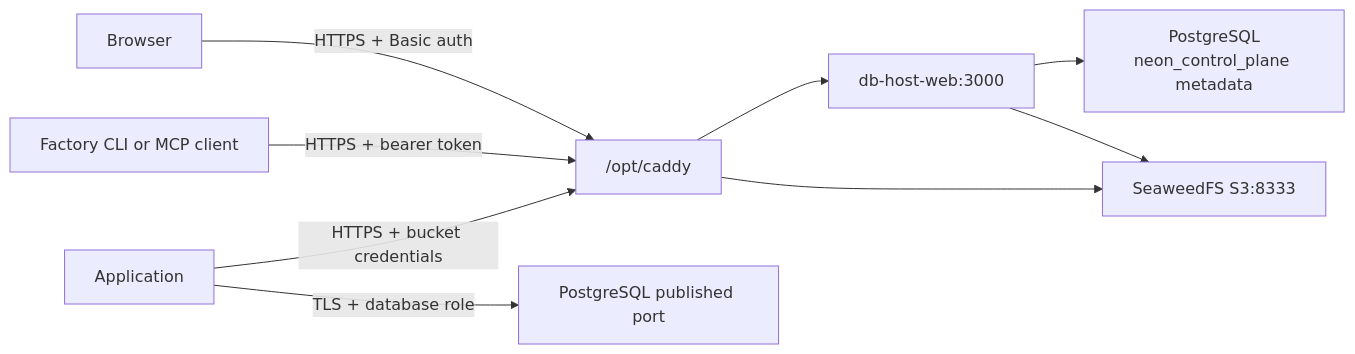
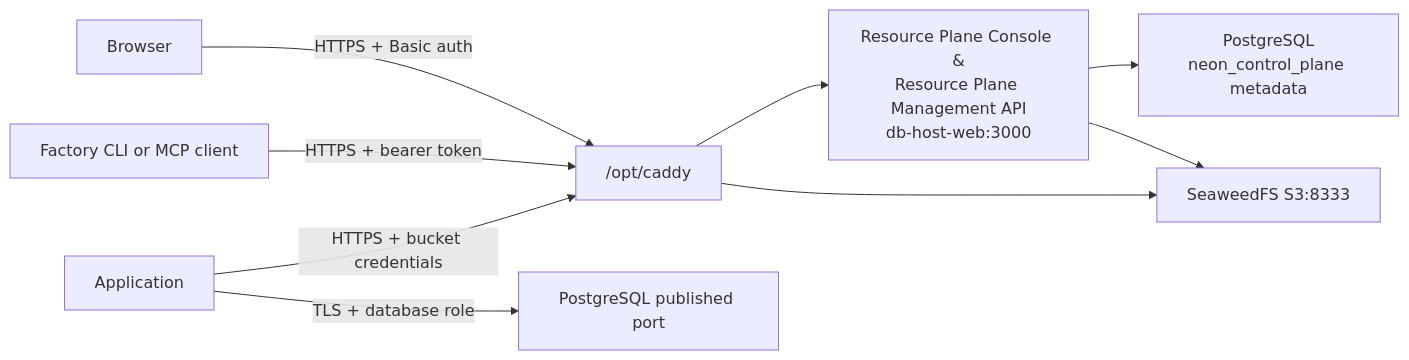
The diagram in docs/architecture/resource-plane.md (YoungMahesh/software-factory), drawn with Mermaid before and after one commit. The commit also changed other lines of this file and 24 other files, not shown here.

````diff
--- a/docs/architecture/resource-plane.md
+++ b/docs/architecture/resource-plane.md
@@ -7,11 +7,11 @@
 ```mermaid
 flowchart LR
     Browser["Browser"] -->|"HTTPS + Basic auth"| Caddy["/opt/caddy"]
     Agent["Factory CLI or MCP client"] -->|"HTTPS + bearer token"| Caddy
-    Caddy --> Console["db-host-web:3000"]
+    Caddy --> Console["Resource Plane Console &<br/>Resource Plane Management API<br/>db-host-web:3000"]
     Console --> SystemDB["PostgreSQL<br/>neon_control_plane metadata"]
     Console --> S3["SeaweedFS S3:8333"]
     App["Application"] -->|"TLS + database role"| Postgres["PostgreSQL published port"]
     App -->|"HTTPS + bucket credentials"| Caddy
     Caddy --> S3
 ```
````
